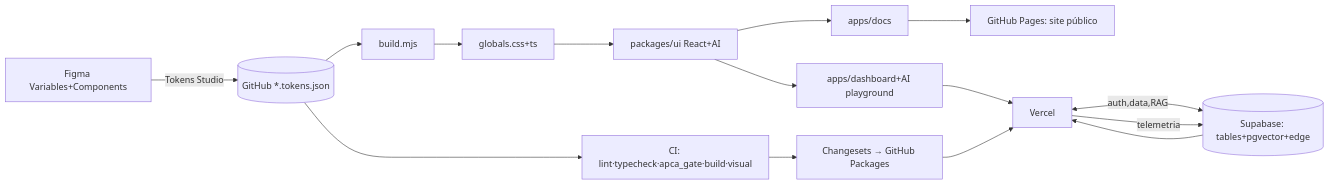
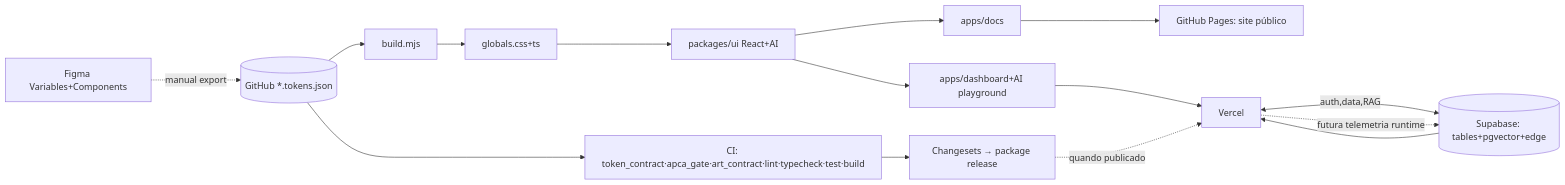
One commit to LouizeB/flytrapds changed the diagram in docs/06-pipeline.md. Above: the diagram before and after it, drawn with Mermaid. The commit also changed other lines of this file and 10 other files, not shown here.

````diff
--- a/docs/06-pipeline.md
+++ b/docs/06-pipeline.md
@@ -5,12 +5,12 @@
 ```mermaid
 flowchart LR
-  A[Figma Variables+Components] -->|Tokens Studio| B[(GitHub *.tokens.json)]
+  A[Figma Variables+Components] -. manual export .-> B[(GitHub *.tokens.json)]
   B --> C[build.mjs] --> D[globals.css+ts] --> E[packages/ui React+AI] --> F[apps/docs]
-  B --> G[CI: lint·typecheck·apca_gate·build·visual]
-  G --> H[Changesets → GitHub Packages]
+  B --> G[CI: token_contract·apca_gate·art_contract·lint·typecheck·test·build]
+  G --> H[Changesets → package release]
   F --> P[GitHub Pages: site público]
   E --> K[apps/dashboard+AI playground] --> L[Vercel]
-  H --> L
+  H -. quando publicado .-> L
   L <-->|auth,data,RAG| M[(Supabase: tables+pgvector+edge)]
-  L -->|telemetria| M --> L
+  L -. futura telemetria runtime .-> M --> L
 ```
````
